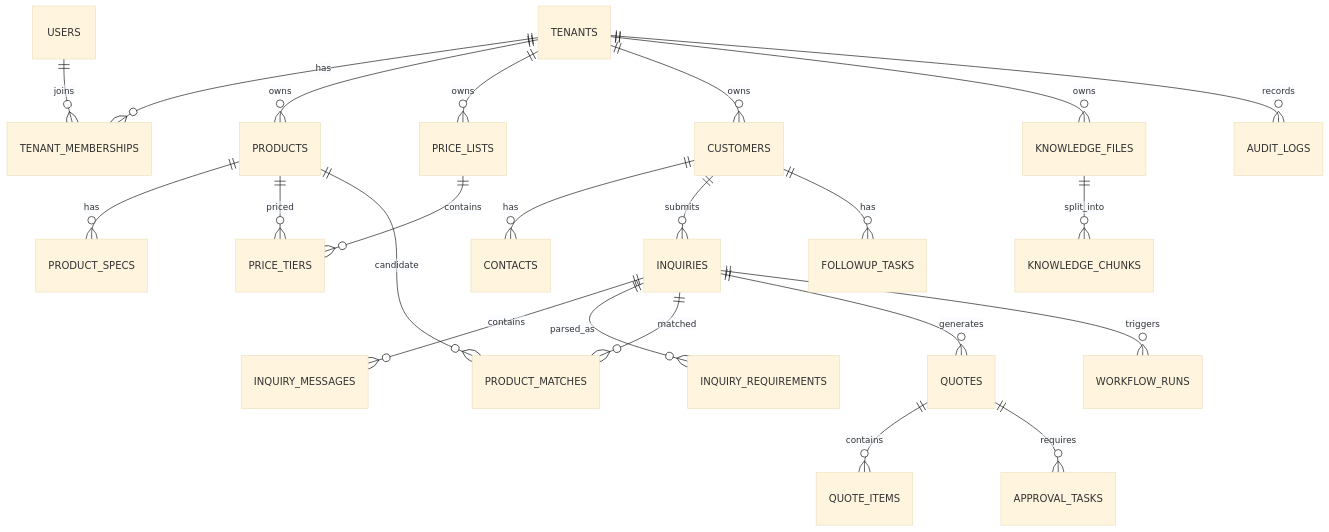
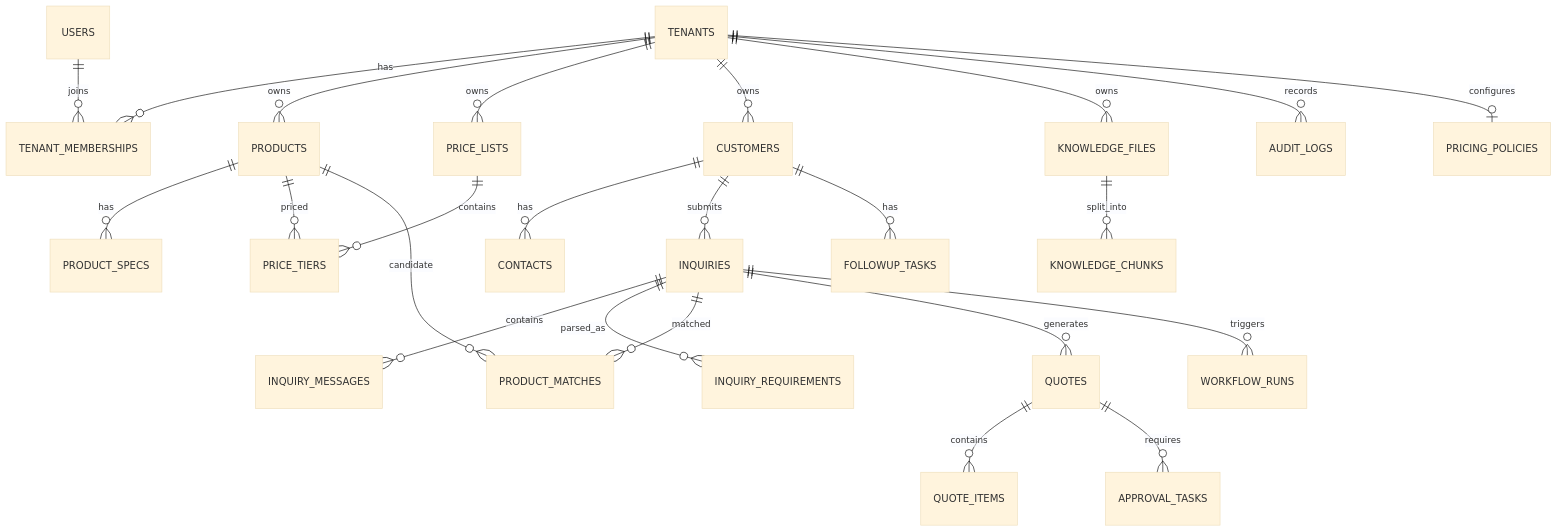
Before and after one commit to sangyan123/ai-export-sales-agent: the diagram in markdown/03-数据库设计文档.md, drawn with Mermaid (base theme). The commit also changed other lines of this file and 24 other files, not shown here.

````diff
--- a/markdown/03-数据库设计文档.md
+++ b/markdown/03-数据库设计文档.md
@@ -26,25 +26,26 @@
 ```mermaid
 erDiagram
   TENANTS ||--o{ TENANT_MEMBERSHIPS : has
   USERS ||--o{ TENANT_MEMBERSHIPS : joins
   TENANTS ||--o{ PRODUCTS : owns
   TENANTS ||--o{ PRICE_LISTS : owns
   PRODUCTS ||--o{ PRODUCT_SPECS : has
   PRICE_LISTS ||--o{ PRICE_TIERS : contains
   PRODUCTS ||--o{ PRICE_TIERS : priced
   TENANTS ||--o{ CUSTOMERS : owns
   CUSTOMERS ||--o{ CONTACTS : has
   CUSTOMERS ||--o{ INQUIRIES : submits
   INQUIRIES ||--o{ INQUIRY_MESSAGES : contains
   INQUIRIES ||--o{ INQUIRY_REQUIREMENTS : parsed_as
   INQUIRIES ||--o{ PRODUCT_MATCHES : matched
   PRODUCTS ||--o{ PRODUCT_MATCHES : candidate
   INQUIRIES ||--o{ QUOTES : generates
   QUOTES ||--o{ QUOTE_ITEMS : contains
   TENANTS ||--o{ KNOWLEDGE_FILES : owns
   KNOWLEDGE_FILES ||--o{ KNOWLEDGE_CHUNKS : split_into
   INQUIRIES ||--o{ WORKFLOW_RUNS : triggers
   QUOTES ||--o{ APPROVAL_TASKS : requires
   CUSTOMERS ||--o{ FOLLOWUP_TASKS : has
   TENANTS ||--o{ AUDIT_LOGS : records
+  TENANTS ||--o| PRICING_POLICIES : configures
 ```
````
